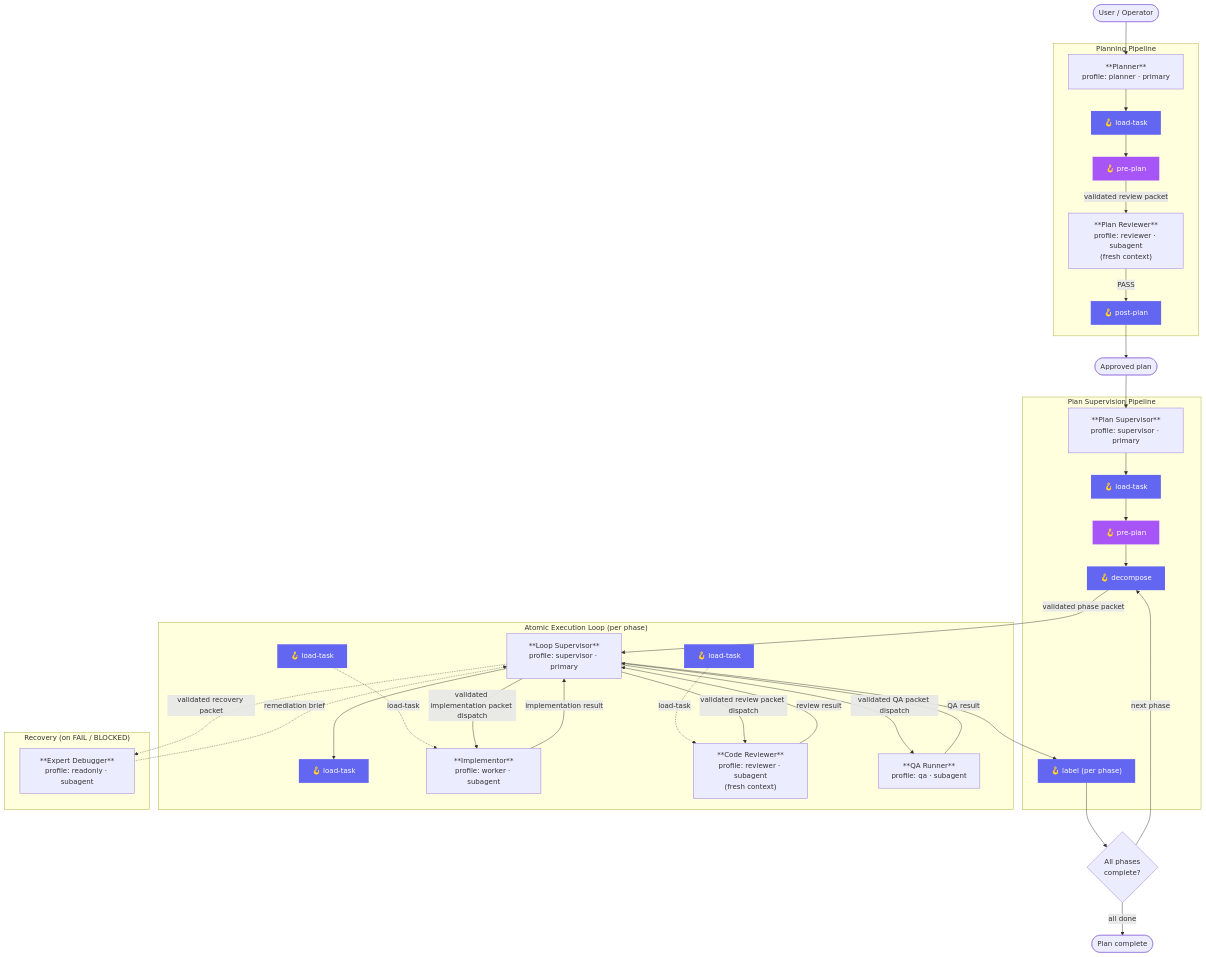
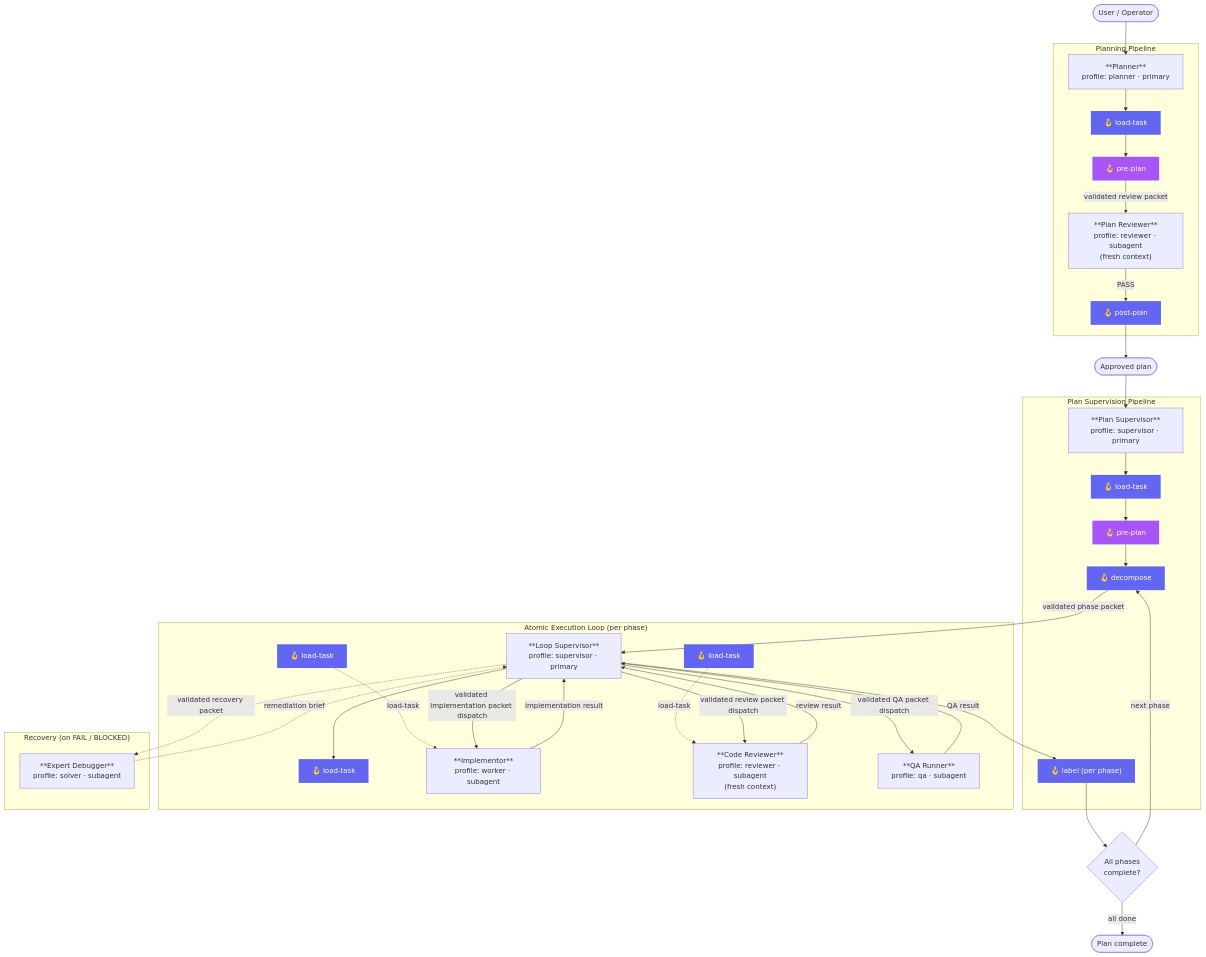
One commit to ericmaster/agent-fabric changed the diagram in docs/architecture/system-overview.md. Above: the diagram before and after it, drawn with Mermaid. The commit also changed other lines of this file and 9 other files, not shown here.

First line of the commit message:
feat(profiles): add solver profile and move expert-debugger to gpt-5.6-sol max

````diff
--- a/docs/architecture/system-overview.md
+++ b/docs/architecture/system-overview.md
@@ -11,71 +11,71 @@
 ```mermaid
 flowchart TD
     USER([User / Operator]) --> PLANNER
 
     subgraph "Planning Pipeline"
         PLANNER["**Planner**\nprofile: planner · primary"]
         H_LT1["🪝 load-task"]
         H_PP1["🪝 pre-plan"]
         PREV["**Plan Reviewer**\nprofile: reviewer · subagent\n(fresh context)"]
         H_POST1["🪝 post-plan"]
     end
 
     PLANNER --> H_LT1 --> H_PP1 -->|"validated review packet"| PREV
     PREV -- PASS --> H_POST1
 
     H_POST1 --> APPROVED([Approved plan])
 
     subgraph "Plan Supervision Pipeline"
         PSUP["**Plan Supervisor**\nprofile: supervisor · primary"]
         H_LT2["🪝 load-task"]
         H_PP2["🪝 pre-plan"]
         H_DEC2["🪝 decompose"]
         H_LBL2["🪝 label (per phase)"]
     end
 
     APPROVED --> PSUP
     PSUP --> H_LT2 --> H_PP2 --> H_DEC2
 
     subgraph "Atomic Execution Loop (per phase)"
         LSUP["**Loop Supervisor**\nprofile: supervisor · primary"]
         H_LT3["🪝 load-task"]
         IMPL["**Implementor**\nprofile: worker · subagent"]
         IMPL_H_LT["🪝 load-task"]
         CREV["**Code Reviewer**\nprofile: reviewer · subagent\n(fresh context)"]
         CREV_H_LT["🪝 load-task"]
         QAR["**QA Runner**\nprofile: qa · subagent"]
     end
 
     H_DEC2 -->|"validated phase packet"| LSUP
     LSUP --> H_LT3
     IMPL_H_LT -.->|"load-task"| IMPL
     CREV_H_LT -.->|"load-task"| CREV
     LSUP -->|"validated implementation packet dispatch"| IMPL
     IMPL -->|"implementation result"| LSUP
     LSUP -->|"validated review packet dispatch"| CREV
     CREV -->|"review result"| LSUP
     LSUP -->|"validated QA packet dispatch"| QAR
     QAR -->|"QA result"| LSUP
 
     subgraph "Recovery (on FAIL / BLOCKED)"
-        DBG["**Expert Debugger**\nprofile: readonly · subagent"]
+        DBG["**Expert Debugger**\nprofile: solver · subagent"]
     end
 
     LSUP -.->|"validated recovery packet"| DBG
     DBG -.->|"remediation brief"| LSUP
 
     LSUP --> H_LBL2 --> PHASE_DONE{All phases\ncomplete?}
     PHASE_DONE -- "next phase" --> H_DEC2
     PHASE_DONE -- "all done" --> COMPLETE([Plan complete])
 
     style H_LT1 fill:#6366f1,color:#fff,stroke:none
     style H_PP1 fill:#a855f7,color:#fff,stroke:none
     style H_POST1 fill:#6366f1,color:#fff,stroke:none
     style H_LT2 fill:#6366f1,color:#fff,stroke:none
     style H_PP2 fill:#a855f7,color:#fff,stroke:none
     style H_DEC2 fill:#6366f1,color:#fff,stroke:none
     style H_LBL2 fill:#6366f1,color:#fff,stroke:none
     style H_LT3 fill:#6366f1,color:#fff,stroke:none
     style IMPL_H_LT fill:#6366f1,color:#fff,stroke:none
     style CREV_H_LT fill:#6366f1,color:#fff,stroke:none
 ```
````
